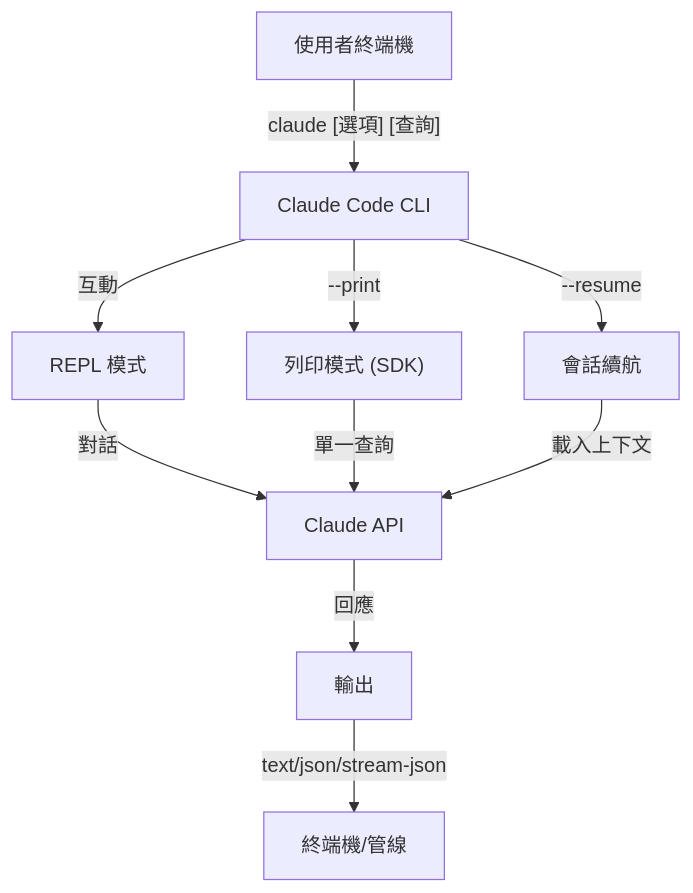
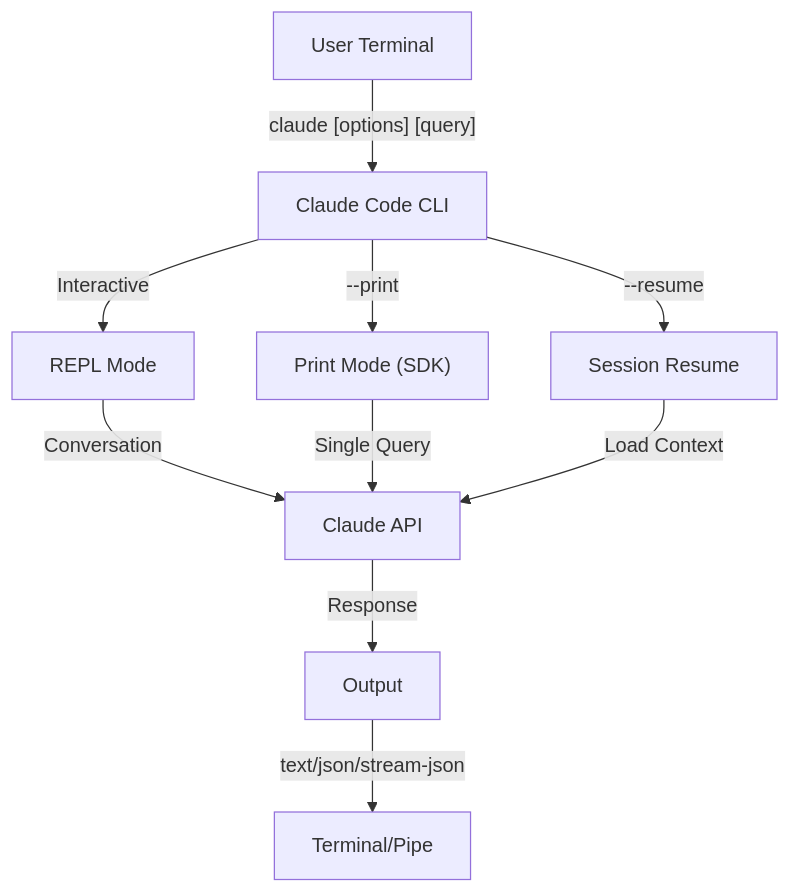
Before and after one commit to huckly/claude-howto-zh-tw: the first of 2 diagrams in 10-cli/README.md, drawn with Mermaid. The commit also changed other lines of this file, not shown here.

Commit message:
💻 10-cli：CLI 命令列介面 — 同步 v2.1.110

````diff
--- a/10-cli/README.md
+++ b/10-cli/README.md
@@ -14,12 +14,12 @@
 ```mermaid
 graph TD
-    A["使用者終端機"] -->|"claude [選項] [查詢]"| B["Claude Code CLI"]
-    B -->|互動| C["REPL 模式"]
-    B -->|"--print"| D["列印模式 (SDK)"]
-    B -->|"--resume"| E["會話續航"]
-    C -->|對話| F["Claude API"]
-    D -->|單一查詢| F
-    E -->|載入上下文| F
-    F -->|回應| G["輸出"]
-    G -->|text/json/stream-json| H["終端機/管線"]
+    A["User Terminal"] -->|"claude [options] [query]"| B["Claude Code CLI"]
+    B -->|Interactive| C["REPL Mode"]
+    B -->|"--print"| D["Print Mode (SDK)"]
+    B -->|"--resume"| E["Session Resume"]
+    C -->|Conversation| F["Claude API"]
+    D -->|Single Query| F
+    E -->|Load Context| F
+    F -->|Response| G["Output"]
+    G -->|text/json/stream-json| H["Terminal/Pipe"]
 ```
````
